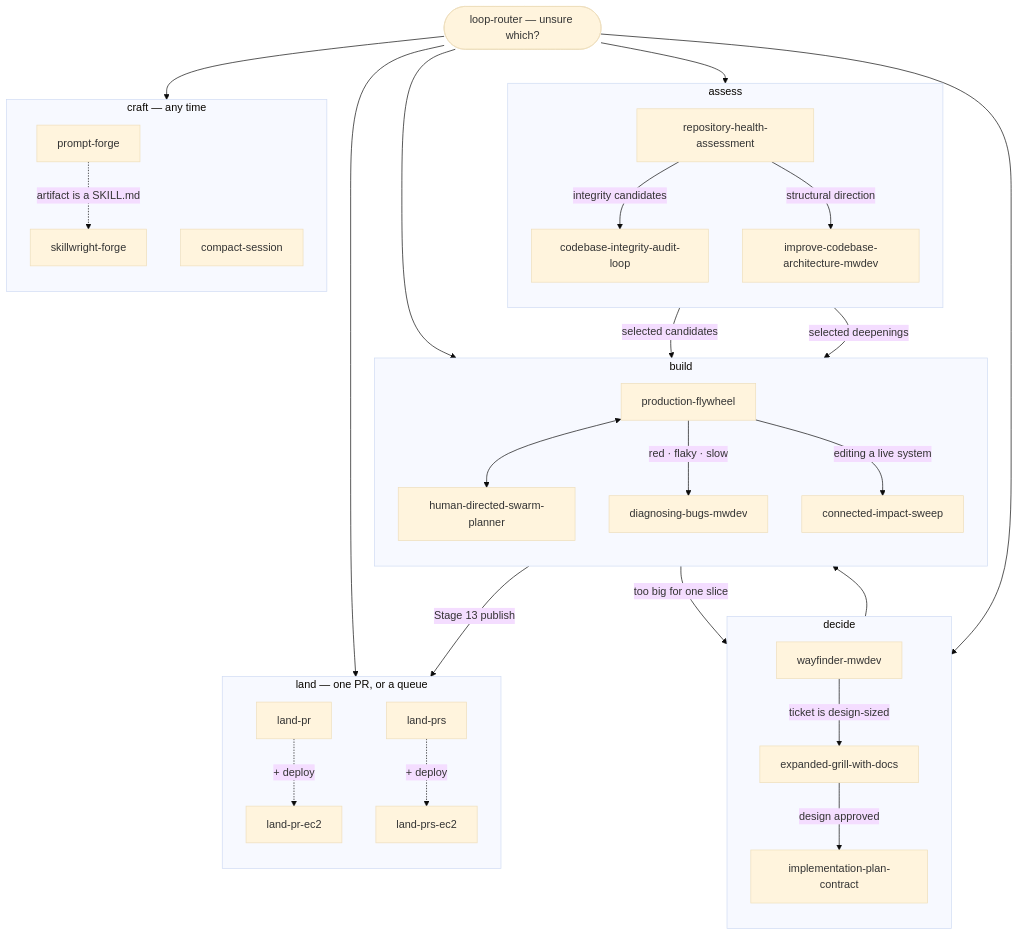
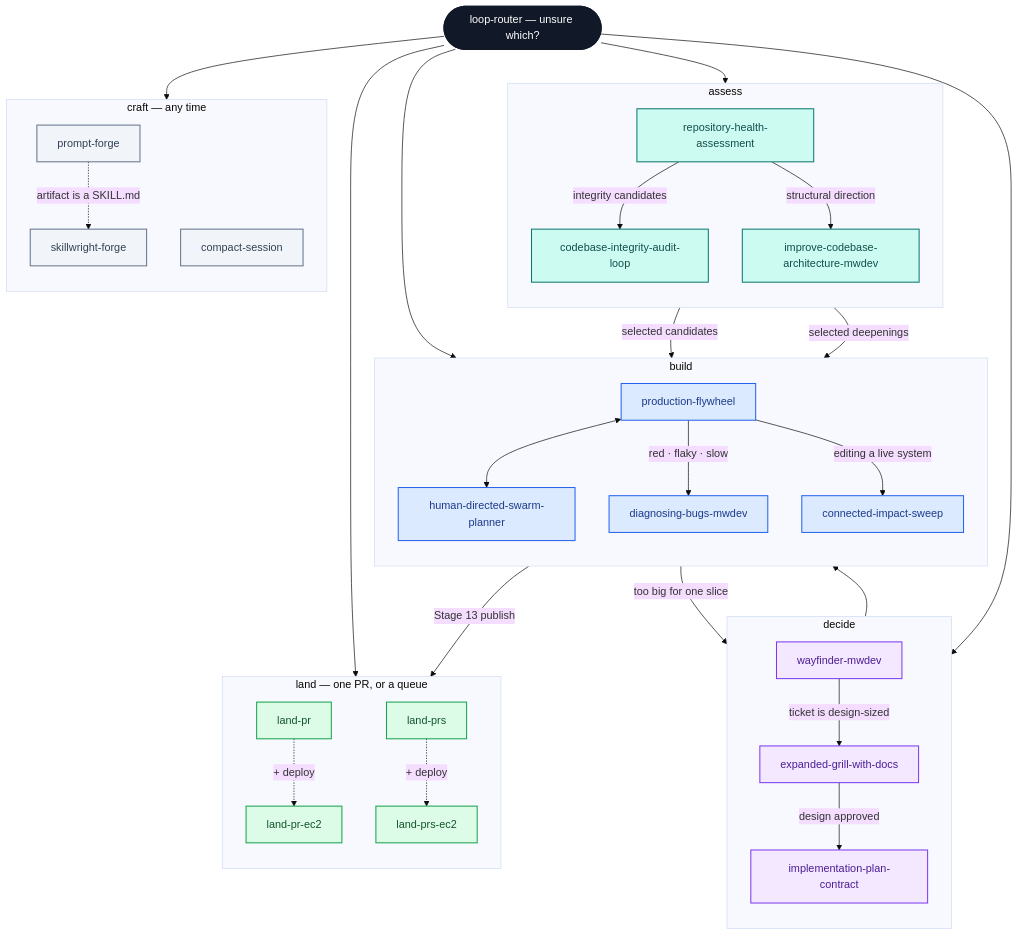
The diagram in README.md (markwuenschel-dev/markdev-skills), drawn with Mermaid (base theme) before and after one commit. The commit also changed other lines of this file and 2 other files, not shown here.

````diff
--- a/README.md
+++ b/README.md
@@ -40,62 +49,76 @@
 ```mermaid
 flowchart TD
     R(["loop-router — unsure which?"])
     R --> DECIDE
     R --> ASSESS
     R --> BUILD
     R --> LAND
     R --> CRAFT
 
     subgraph DECIDE["decide"]
         direction TB
         WF["wayfinder-mwdev"]
         EG["expanded-grill-with-docs"]
         IPC["implementation-plan-contract"]
         WF -->|"ticket is design-sized"| EG
         EG -->|"design approved"| IPC
     end
 
     subgraph ASSESS["assess"]
         direction TB
         RHA["repository-health-assessment"]
         CIAL["codebase-integrity-audit-loop"]
         ICA["improve-codebase-architecture-mwdev"]
         RHA -->|"integrity candidates"| CIAL
         RHA -->|"structural direction"| ICA
     end
 
     subgraph BUILD["build"]
         direction TB
         PF["production-flywheel"]
         HDSP["human-directed-swarm-planner"]
         DBM["diagnosing-bugs-mwdev"]
         CIS["connected-impact-sweep"]
         PF <--> HDSP
         PF -->|"red · flaky · slow"| DBM
         PF -->|"editing a live system"| CIS
     end
 
     subgraph LAND["land — one PR, or a queue"]
         direction TB
         LP["land-pr"]
         LPS["land-prs"]
         LPE["land-pr-ec2"]
         LPSE["land-prs-ec2"]
         LP -.->|"+ deploy"| LPE
         LPS -.->|"+ deploy"| LPSE
     end
 
     subgraph CRAFT["craft — any time"]
         direction TB
         PFG["prompt-forge"]
         SWF["skillwright-forge"]
         CS["compact-session"]
         PFG -.->|"artifact is a SKILL.md"| SWF
     end
 
     IPC --> PF
     CIAL -->|"selected candidates"| PF
     ICA -->|"selected deepenings"| PF
     PF -->|"too big for one slice"| WF
     PF -->|"Stage 13 publish"| LP
+
+    classDef router fill:#111827,stroke:#111827,color:#ffffff,stroke-width:2px
+    classDef decide fill:#f3e8ff,stroke:#7c3aed,color:#4c1d95,stroke-width:1.5px
+    classDef assess fill:#ccfbf1,stroke:#0f766e,color:#134e4a,stroke-width:1.5px
+    classDef build fill:#dbeafe,stroke:#2563eb,color:#1e3a8a,stroke-width:1.5px
+    classDef land fill:#dcfce7,stroke:#16a34a,color:#14532d,stroke-width:1.5px
+    classDef craft fill:#f1f5f9,stroke:#64748b,color:#334155,stroke-width:1.5px
+
+    class R router
+    class WF,EG,IPC decide
+    class RHA,CIAL,ICA assess
+    class PF,HDSP,DBM,CIS build
+    class LP,LPS,LPE,LPSE land
+    class PFG,SWF,CS craft
 ```
````
